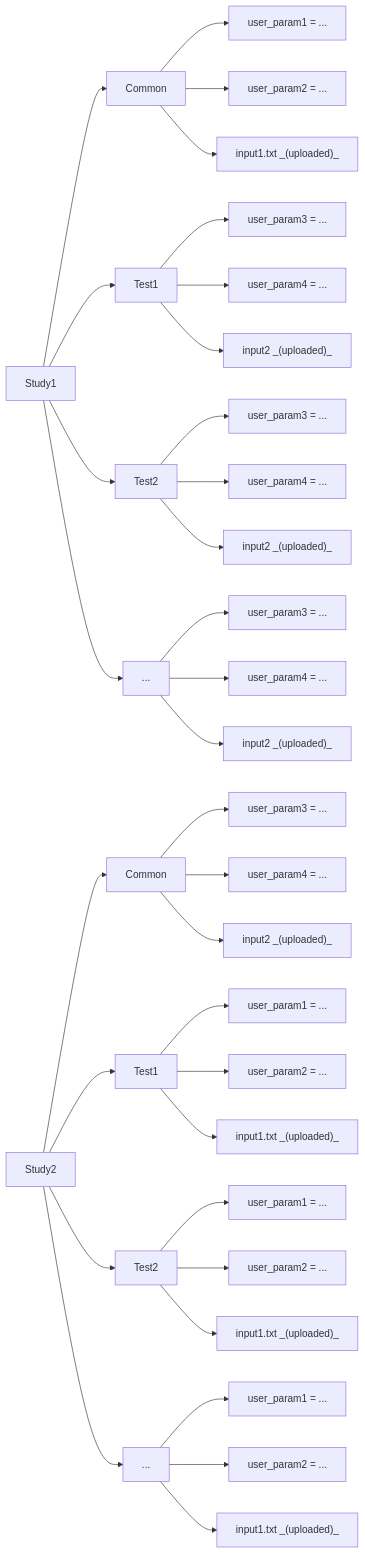
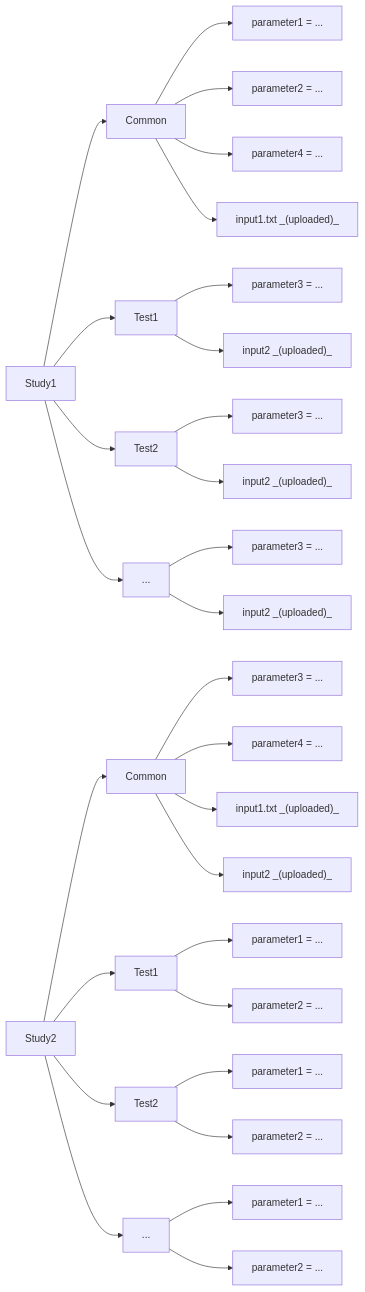
Diagram 16 of 16 in README.md (nuremics/nuremics), drawn with Mermaid before and after one commit. The commit also changed other lines of this file, not shown here.

````diff
--- a/README.md
+++ b/README.md
@@ -492,44 +493,40 @@
 ```mermaid
 flowchart LR
     Study1 --> Study1_Common["Common"]
     Study1 --> Study1_Test1["Test1"]
     Study1 --> Study1_Test2["Test2"]
     Study1 --> Study1_Test3["..."]
     
-    Study1_Common --> common_param1["user_param1 = ..."]
-    Study1_Common --> common_param2["user_param2 = ..."]
-    Study1_Common --> common_input1["input1.txt _(uploaded)_"]
+    Study1_Common --> common1_param1["parameter1 = ..."]
+    Study1_Common --> common1_param2["parameter2 = ..."]
+    Study1_Common --> common1_param4["parameter4 = ..."]
+    Study1_Common --> common1_input1["input1.txt _(uploaded)_"]
 
-    Study1_Test1 --> test1_param3["user_param3 = ..."]
-    Study1_Test1 --> test1_param4["user_param4 = ..."]
+    Study1_Test1 --> test1_param3["parameter3 = ..."]
     Study1_Test1 --> test1_input2["input2 _(uploaded)_"]
 
-    Study1_Test2 --> test2_param3["user_param3 = ..."]
-    Study1_Test2 --> test2_param4["user_param4 = ..."]
+    Study1_Test2 --> test2_param3["parameter3 = ..."]
     Study1_Test2 --> test2_input2["input2 _(uploaded)_"]
 
-    Study1_Test3 --> test4_param3["user_param3 = ..."]
-    Study1_Test3 --> test4_param4["user_param4 = ..."]
+    Study1_Test3 --> test4_param3["parameter3 = ..."]
     Study1_Test3 --> test4_input2["input2 _(uploaded)_"]
 
     Study2 --> Study2_Common["Common"]
     Study2 --> Study2_Test1["Test1"]
     Study2 --> Study2_Test2["Test2"]
     Study2 --> Study2_Test3["..."]
     
-    Study2_Common --> common_param3["user_param3 = ..."]
-    Study2_Common --> common_param4["user_param4 = ..."]
-    Study2_Common --> common_input2["input2 _(uploaded)_"]
+    Study2_Common --> common2_param3["parameter3 = ..."]
+    Study2_Common --> common2_param4["parameter4 = ..."]
+    Study2_Common --> common2_input1["input1.txt _(uploaded)_"]
+    Study2_Common --> common2_input2["input2 _(uploaded)_"]
 
-    Study2_Test1 --> test1_param1["user_param1 = ..."]
-    Study2_Test1 --> test1_param2["user_param2 = ..."]
-    Study2_Test1 --> test1_input1["input1.txt _(uploaded)_"]
+    Study2_Test1 --> test1_param1["parameter1 = ..."]
+    Study2_Test1 --> test1_param2["parameter2 = ..."]
 
-    Study2_Test2 --> test2_param1["user_param1 = ..."]
-    Study2_Test2 --> test2_param2["user_param2 = ..."]
-    Study2_Test2 --> test2_input1["input1.txt _(uploaded)_"]
+    Study2_Test2 --> test2_param1["parameter1 = ..."]
+    Study2_Test2 --> test2_param2["parameter2 = ..."]
 
-    Study2_Test3 --> test4_param1["user_param1 = ..."]
-    Study2_Test3 --> test4_param2["user_param2 = ..."]
-    Study2_Test3 --> test4_input1["input1.txt _(uploaded)_"]
+    Study2_Test3 --> test4_param1["parameter1 = ..."]
+    Study2_Test3 --> test4_param2["parameter2 = ..."]
 ```
````
